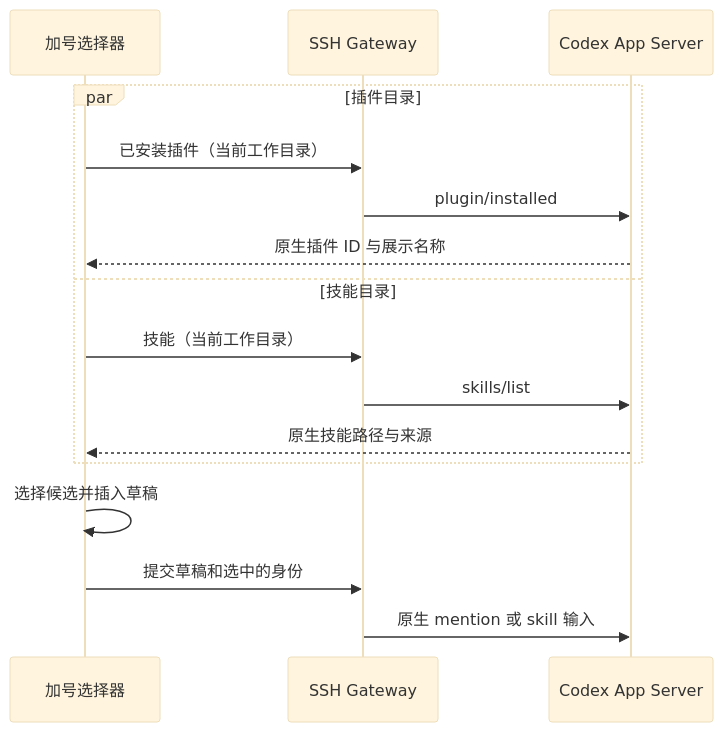
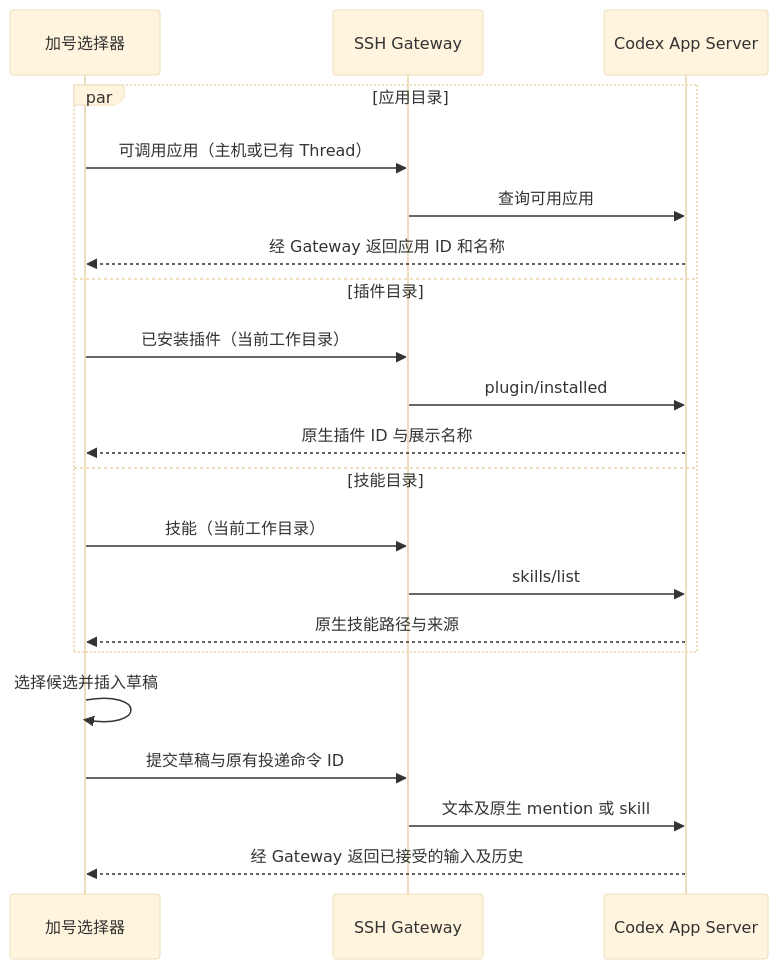
Before and after one commit to LiangLiang723/codex-web: the fourth of 13 diagrams in specs/selfhost-codex/README.md, drawn with Mermaid (base theme). The commit also changed other lines of this file and 74 other files, not shown here.

````diff
--- a/specs/selfhost-codex/README.md
+++ b/specs/selfhost-codex/README.md
@@ -93,18 +116,23 @@
 ```mermaid
 sequenceDiagram
     participant W as 加号选择器
     participant G as SSH Gateway
     participant C as Codex App Server
-    par 插件目录
+    par 应用目录
+        W->>G: 可调用应用（主机或已有 Thread）
+        G->>C: 查询可用应用
+        C-->>W: 经 Gateway 返回应用 ID 和名称
+    and 插件目录
         W->>G: 已安装插件（当前工作目录）
         G->>C: plugin/installed
         C-->>W: 原生插件 ID 与展示名称
     and 技能目录
         W->>G: 技能（当前工作目录）
         G->>C: skills/list
         C-->>W: 原生技能路径与来源
     end
     W->>W: 选择候选并插入草稿
-    W->>G: 提交草稿和选中的身份
-    G->>C: 原生 mention 或 skill 输入
+    W->>G: 提交草稿与原有投递命令 ID
+    G->>C: 文本及原生 mention 或 skill
+    C-->>W: 经 Gateway 返回已接受的输入及历史
 ```
````
